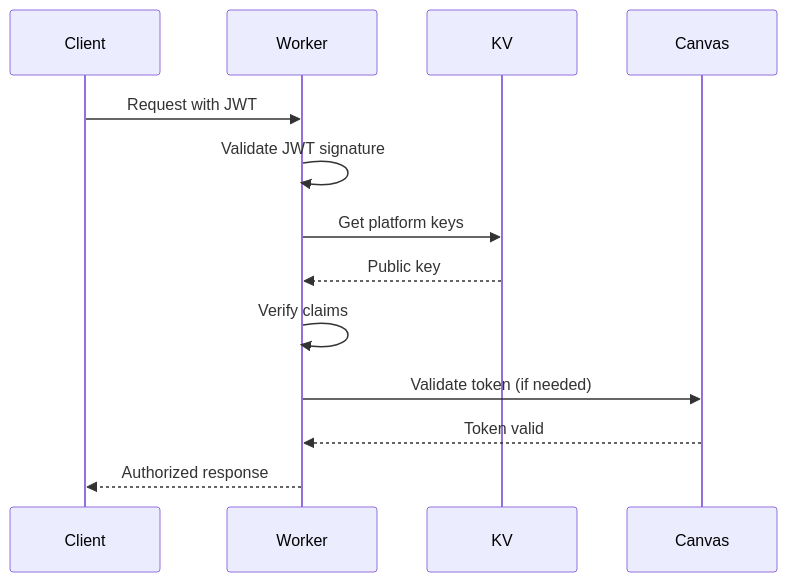
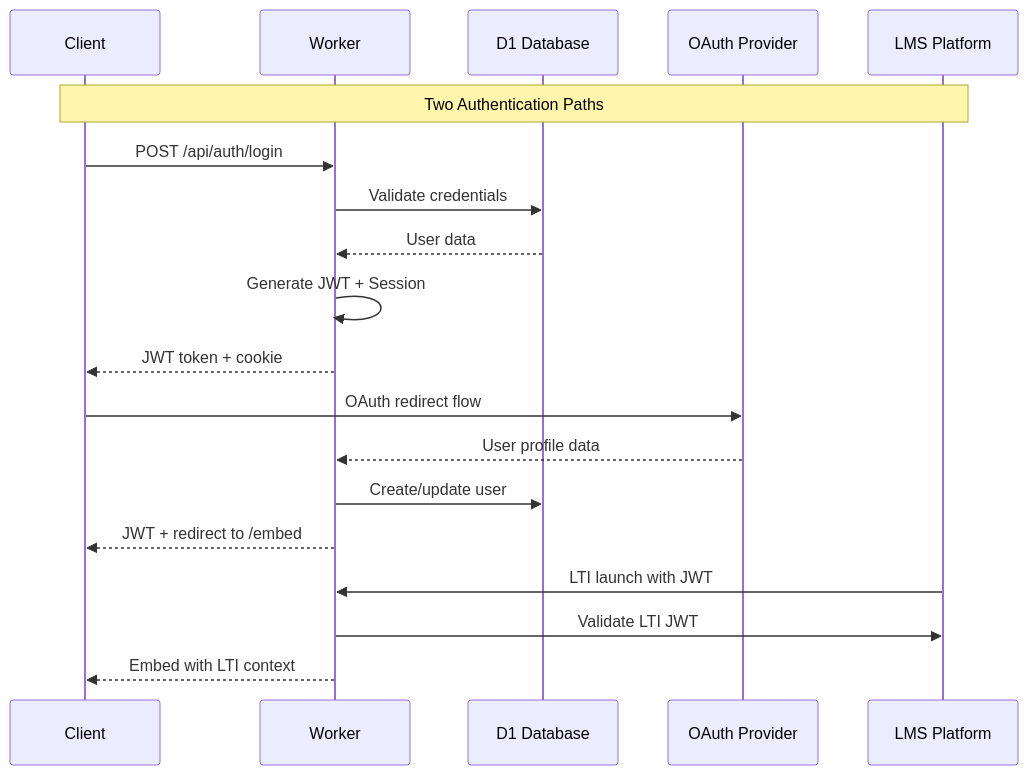
One commit to atomicjolt-com/atomic-guide changed the diagram in docs/architecture/12-backend-architecture.md. Above: the diagram before and after it, drawn with Mermaid. The commit also changed other lines of this file and 29 other files, not shown here.

First line of the commit message:
feat(auth): Implement user authentication system with JWT, OAuth, and email verification

````diff
--- a/docs/architecture/12-backend-architecture.md
+++ b/docs/architecture/12-backend-architecture.md
@@ -794,16 +796,28 @@
 ```mermaid
 sequenceDiagram
     participant Client
-    participant Worker
-    participant KV
-    participant Canvas
+    participant Worker  
+    participant D1 as D1 Database
+    participant OAuth as OAuth Provider
+    participant LMS as LMS Platform
 
-    Client->>Worker: Request with JWT
-    Worker->>Worker: Validate JWT signature
-    Worker->>KV: Get platform keys
-    KV-->>Worker: Public key
-    Worker->>Worker: Verify claims
-    Worker->>Canvas: Validate token (if needed)
-    Canvas-->>Worker: Token valid
-    Worker-->>Client: Authorized response
+    Note over Client,LMS: Two Authentication Paths
+
+    %% Standalone Authentication
+    Client->>Worker: POST /api/auth/login
+    Worker->>D1: Validate credentials
+    D1-->>Worker: User data
+    Worker->>Worker: Generate JWT + Session
+    Worker-->>Client: JWT token + cookie
+
+    %% OAuth Authentication
+    Client->>OAuth: OAuth redirect flow
+    OAuth-->>Worker: User profile data
+    Worker->>D1: Create/update user
+    Worker-->>Client: JWT + redirect to /embed
+
+    %% LTI Authentication
+    LMS->>Worker: LTI launch with JWT
+    Worker->>LMS: Validate LTI JWT
+    Worker-->>Client: Embed with LTI context
 ```
````
